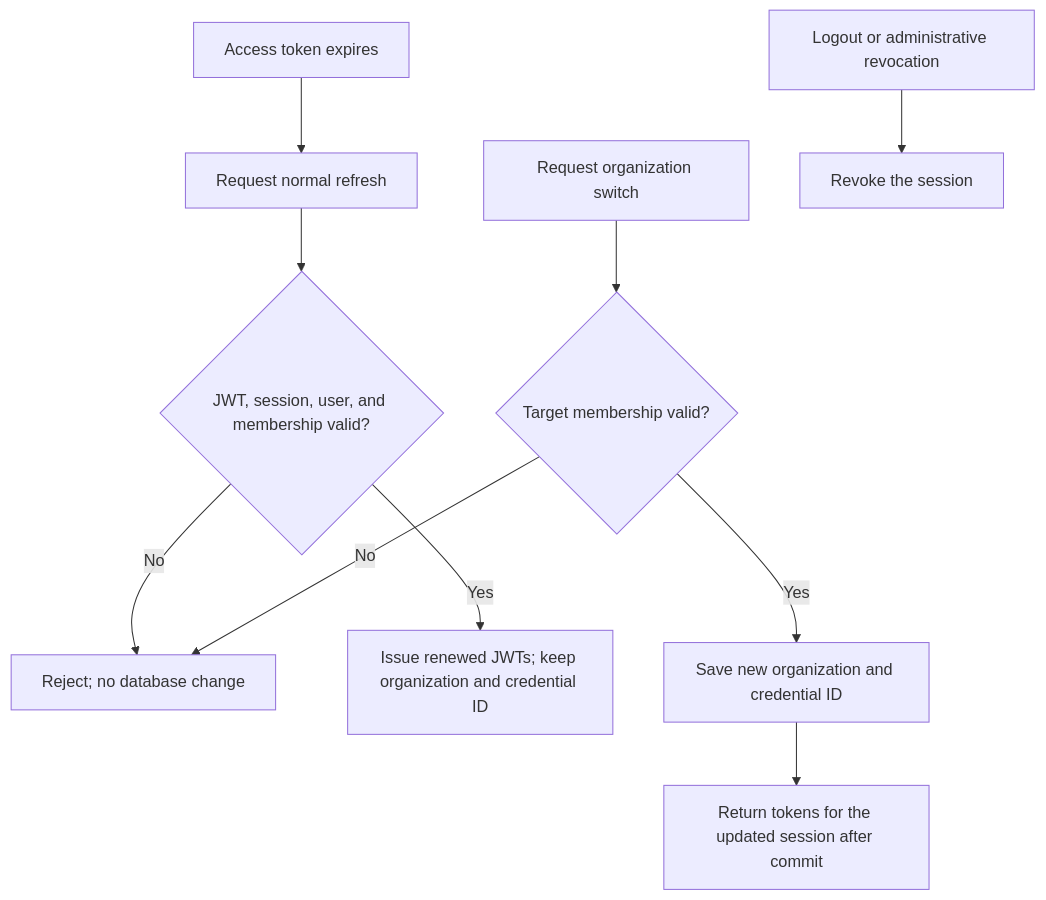
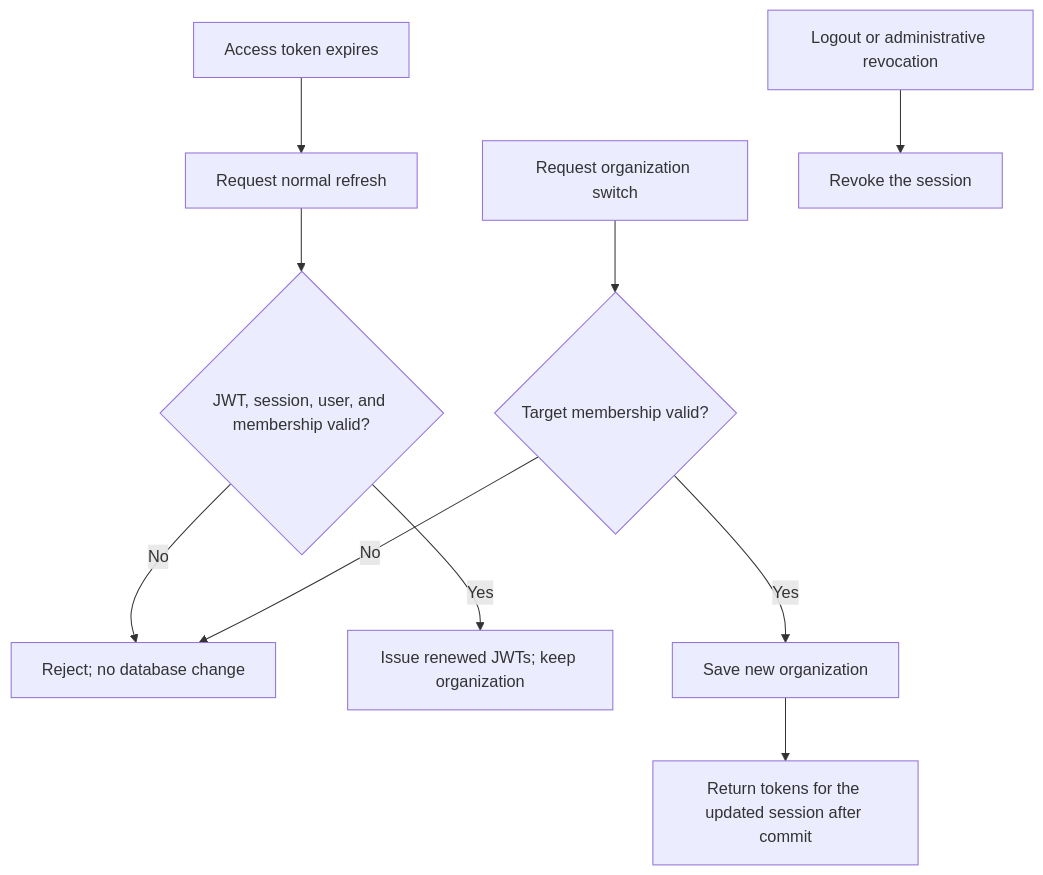
The second of 2 diagrams in docs/content/login/adr.md (Midwess/compallm), drawn with Mermaid before and after one commit. The commit also changed other lines of this file and 45 other files, not shown here.

````diff
--- a/docs/content/login/adr.md
+++ b/docs/content/login/adr.md
@@ -60,12 +60,12 @@
 ```mermaid
 flowchart TD
     AccessExpired["Access token expires"] --> Refresh["Request normal refresh"]
     Refresh --> Valid{"JWT, session, user, and membership valid?"}
     Valid -->|No| Deny["Reject; no database change"]
-    Valid -->|Yes| Renew["Issue renewed JWTs; keep organization and credential ID"]
+    Valid -->|Yes| Renew["Issue renewed JWTs; keep organization"]
     Switch["Request organization switch"] --> Target{"Target membership valid?"}
     Target -->|No| Deny
-    Target -->|Yes| Save["Save new organization and credential ID"]
+    Target -->|Yes| Save["Save new organization"]
     Save --> NewTokens["Return tokens for the updated session after commit"]
     Logout["Logout or administrative revocation"] --> Revoke["Revoke the session"]
 ```
````
